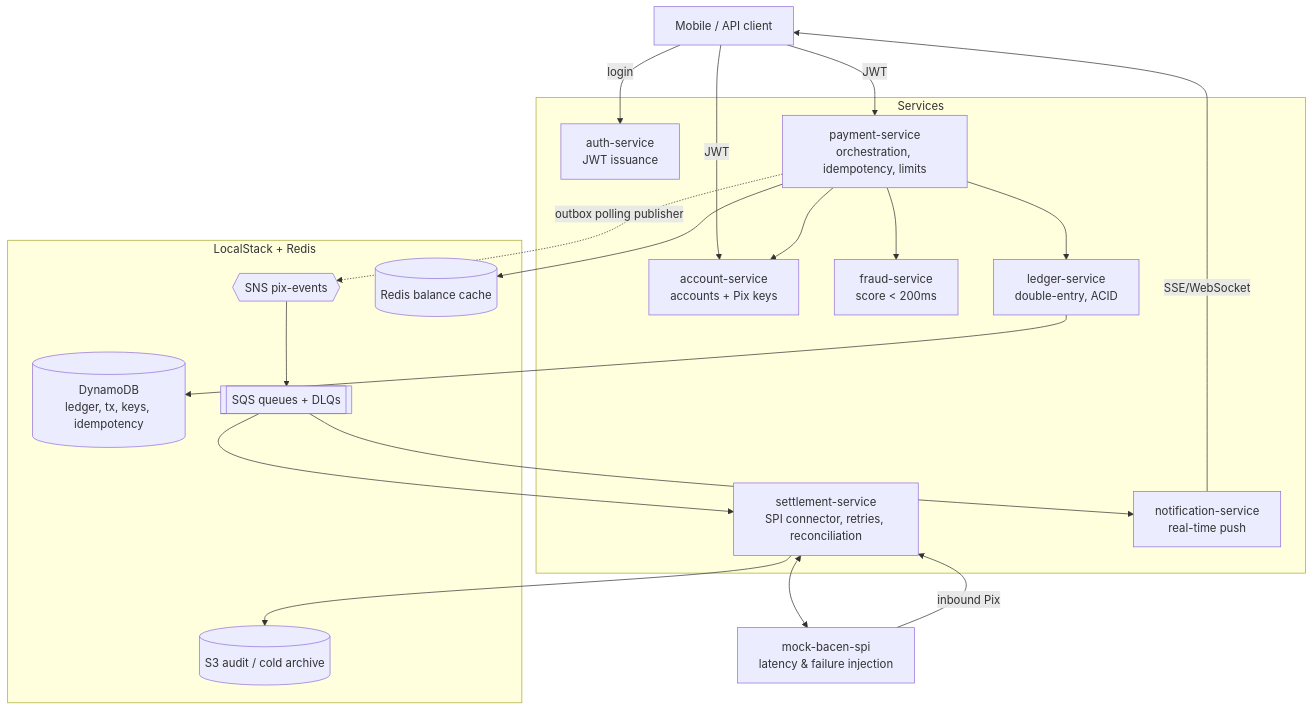
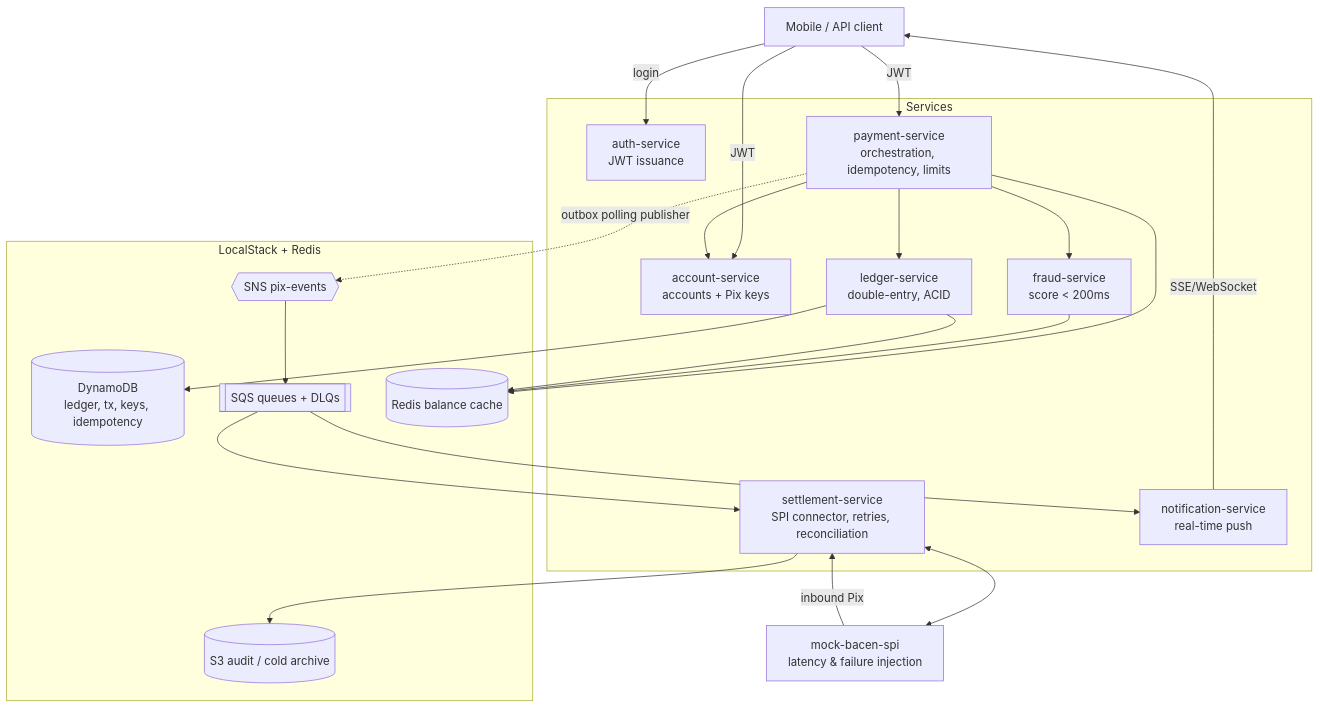
The diagram in README.md (filiperibolli/platinumcoin-pix), drawn with Mermaid before and after one commit. The commit also changed other lines of this file and 25 other files, not shown here.

First line of the commit message:
docs: resolve spec inconsistencies across architecture, data model, API and steps

````diff
--- a/README.md
+++ b/README.md
@@ -39,41 +39,43 @@
 ```mermaid
 graph TB
     APP[Mobile / API client]
 
     subgraph Services
         AUTH[auth-service<br/>JWT issuance]
         ACC[account-service<br/>accounts + Pix keys]
         PAY[payment-service<br/>orchestration, idempotency, limits]
         FRAUD[fraud-service<br/>score &lt; 200ms]
         LED[ledger-service<br/>double-entry, ACID]
         SET[settlement-service<br/>SPI connector, retries, reconciliation]
         NOT[notification-service<br/>real-time push]
     end
 
     subgraph Infra [LocalStack + Redis]
         DDB[(DynamoDB<br/>ledger, tx, keys, idempotency)]
         SNS{{SNS pix-events}}
         SQS[[SQS queues + DLQs]]
         S3[(S3 audit / cold archive)]
         REDIS[(Redis balance cache)]
     end
 
     BACEN[mock-bacen-spi<br/>latency & failure injection]
 
     APP -->|login| AUTH
     APP -->|JWT| PAY
     APP -->|JWT| ACC
     PAY --> FRAUD
     PAY --> ACC
     PAY --> LED
     LED --> DDB
     PAY -.->|outbox polling publisher| SNS
     SNS --> SQS
     SQS --> SET
     SQS --> NOT
     SET <--> BACEN
     BACEN -->|inbound Pix| SET
     PAY --> REDIS
+    FRAUD --> REDIS
+    LED --> REDIS
     SET --> S3
     NOT -->|SSE/WebSocket| APP
 ```
````
